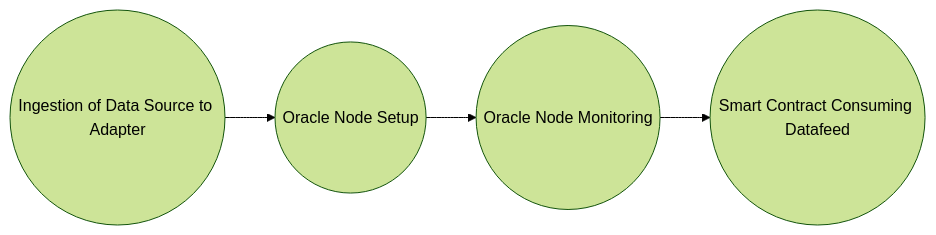
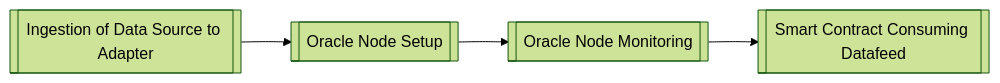
Before and after one commit to st-mn/chainlink-sample-datafeed-process-e2e: the diagram in README.md, drawn with Mermaid (forest theme).

````diff
--- a/README.md
+++ b/README.md
@@ -5,6 +5,6 @@
 ```mermaid 
 graph LR;
-  1((Ingestion of Data Source to Adapter)) --> 2((Oracle Node Setup));
-  2 --> 3((Oracle Node Monitoring));
-  3 --> 4((Smart Contract Consuming Datafeed));
+  1[[Ingestion of Data Source to Adapter]] --> 2[[Oracle Node Setup]];
+  2 --> 3[[Oracle Node Monitoring]];
+  3 --> 4[[Smart Contract Consuming Datafeed]];
 ```
````
